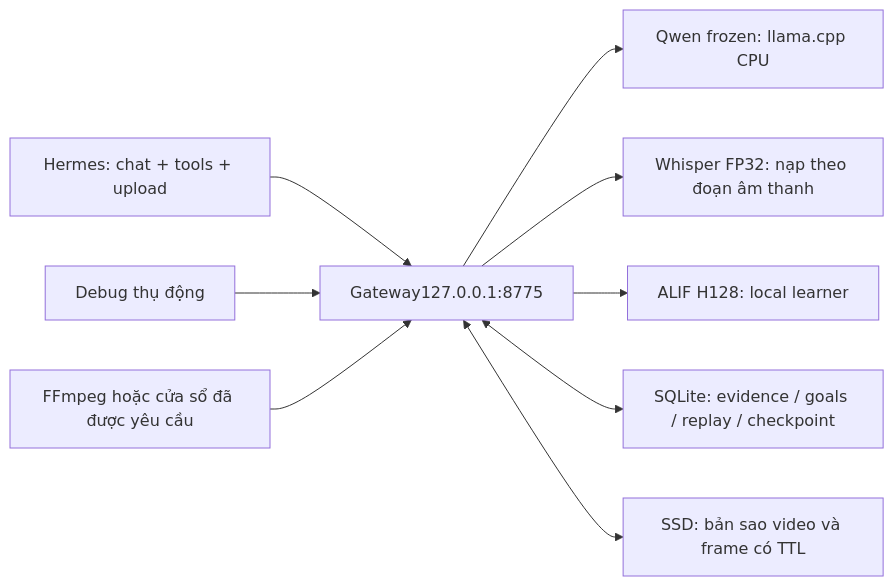
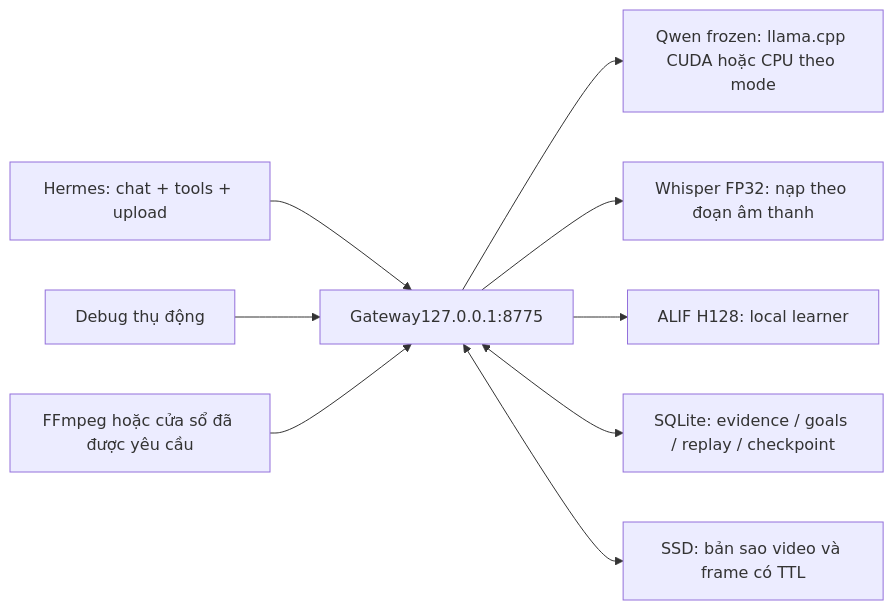
One commit to AKANEMO22/SCAR-X changed the diagram in docs/hybrid/README.md. Above: the diagram before and after it, drawn with Mermaid. The commit also changed other lines of this file and 297 other files, not shown here.

````diff
--- a/docs/hybrid/README.md
+++ b/docs/hybrid/README.md
@@ -76,11 +84,11 @@
 ```mermaid
 flowchart LR
   H[Hermes: chat + tools + upload] --> G[Gateway127.0.0.1:8775]
   D[Debug thụ động] --> G
-  G --> V[Qwen frozen: llama.cpp CPU]
+  G --> V[Qwen frozen: llama.cpp CUDA hoặc CPU theo mode]
   G --> A[Whisper FP32: nạp theo đoạn âm thanh]
   G --> S[ALIF H128: local learner]
   G <--> M[SQLite: evidence / goals / replay / checkpoint]
   F[FFmpeg hoặc cửa sổ đã được yêu cầu] --> G
   G <--> R[SSD: bản sao video và frame có TTL]
 ```
````
